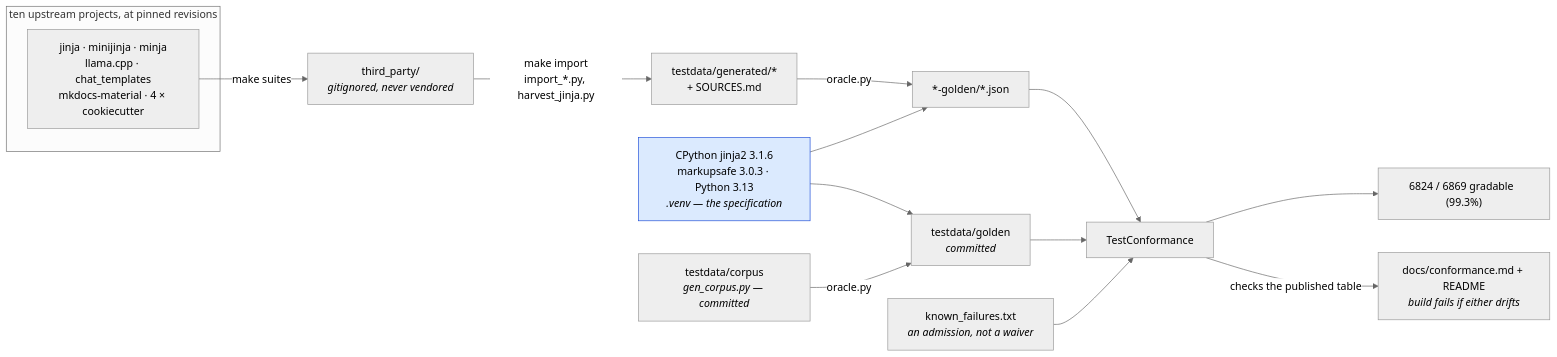
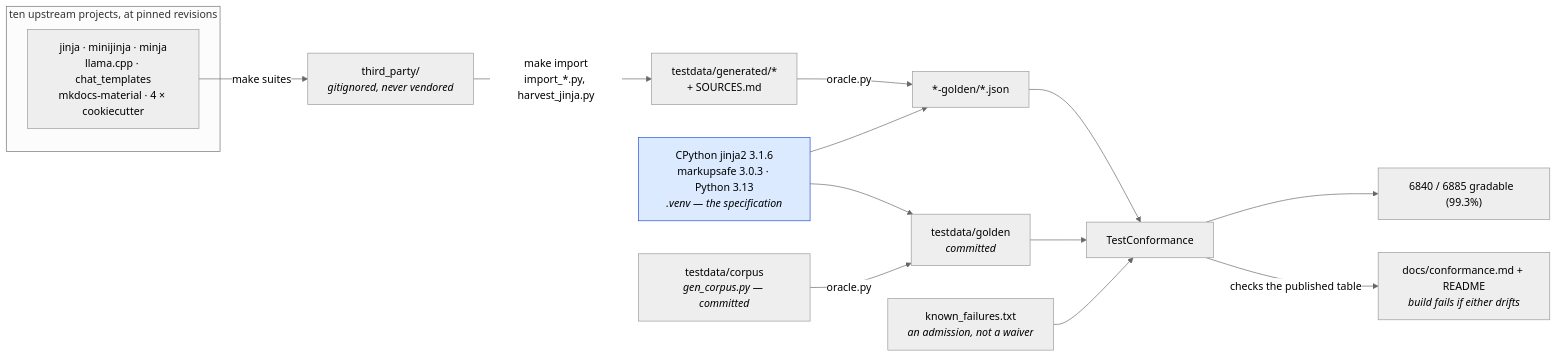
One commit to mgilbir/gojja2 changed the first of 2 diagrams in docs/conformance.md. Above: the diagram before and after it, drawn with Mermaid (neutral theme). The commit also changed other lines of this file and 57 other files, not shown here.

````diff
--- a/docs/conformance.md
+++ b/docs/conformance.md
@@ -17,24 +17,24 @@
 ```mermaid
 flowchart LR
     subgraph up["ten upstream projects, at pinned revisions"]
         U1["jinja · minijinja · minja<br/>llama.cpp · chat_templates<br/>mkdocs-material · 4 × cookiecutter"]
     end
     U1 -->|"make suites"| TP["third_party/<br/><i>gitignored, never vendored</i>"]
     TP -->|"make import<br/>import_*.py, harvest_jinja.py"| GEN["testdata/generated/*<br/>+ SOURCES.md"]
 
     ORA["CPython jinja2 3.1.6<br/>markupsafe 3.0.3 · Python 3.13<br/><i>.venv — the specification</i>"]
     GEN -->|"oracle.py"| G2["*-golden/*.json"]
     ORA --> G2
 
     OWN["testdata/corpus<br/><i>gen_corpus.py — committed</i>"] -->|"oracle.py"| G1["testdata/golden<br/><i>committed</i>"]
     ORA --> G1
 
     G1 --> TC["TestConformance"]
     G2 --> TC
     KF["known_failures.txt<br/><i>an admission, not a waiver</i>"] --> TC
-    TC --> RATE["6824 / 6869 gradable  (99.3%)"]
+    TC --> RATE["6840 / 6885 gradable  (99.3%)"]
     TC -->|"checks the published table"| RM["docs/conformance.md + README<br/><i>build fails if either drifts</i>"]
 
     classDef spec fill:#dbeafe,stroke:#1d4ed8,color:#000
     class ORA spec
 ```
````
